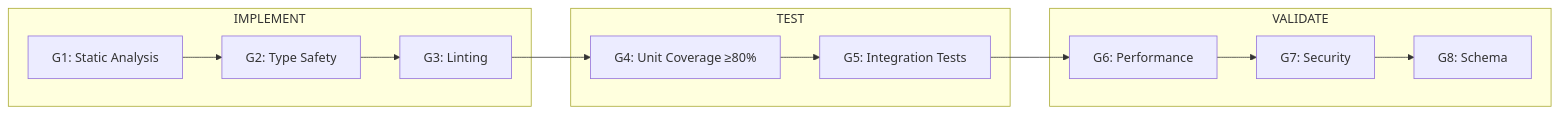
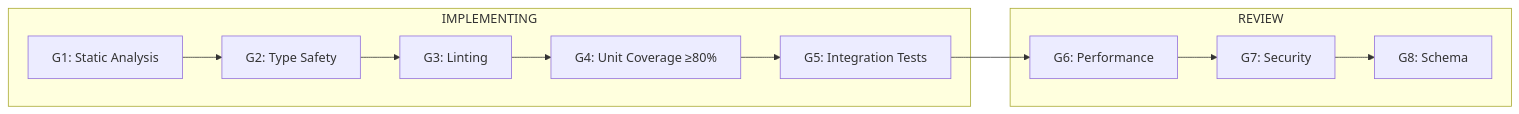
Before and after one commit to ReaperOAK/vibecoding: the fourth of 5 diagrams in .github/ARCHITECTURE.md, drawn with Mermaid. The commit also changed other lines of this file and 14 other files, not shown here.

````diff
--- a/.github/ARCHITECTURE.md
+++ b/.github/ARCHITECTURE.md
@@ -791,14 +957,11 @@
 ```mermaid
 graph LR
-    subgraph IMPLEMENT
+    subgraph IMPLEMENTING
         G1[G1: Static Analysis] --> G2[G2: Type Safety] --> G3[G3: Linting]
+        G3 --> G4[G4: Unit Coverage ≥80%] --> G5[G5: Integration Tests]
     end
-    subgraph TEST
-        G4[G4: Unit Coverage ≥80%] --> G5[G5: Integration Tests]
-    end
-    subgraph VALIDATE
+    subgraph REVIEW
         G6[G6: Performance] --> G7[G7: Security] --> G8[G8: Schema]
     end
-    G3 --> G4
     G5 --> G6
 ```
````
